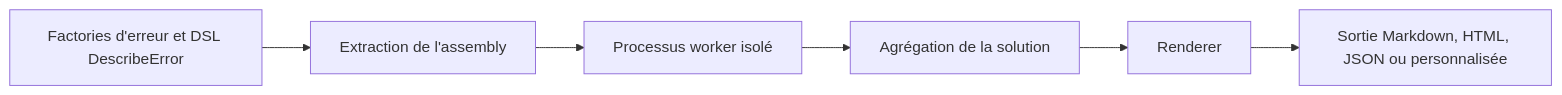
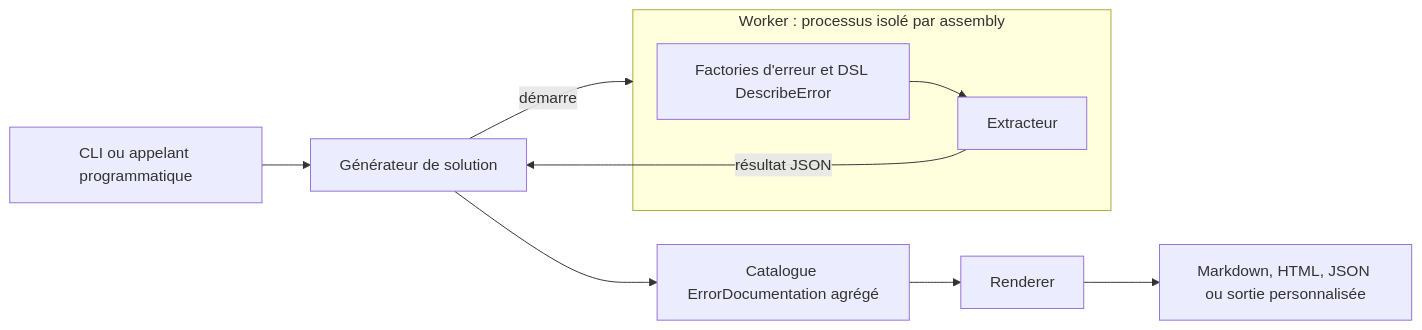
One commit to Reefact/first-class-errors changed the diagram in doc/ArchitectureOfTheDocumentationPipeline.fr.md. Above: the diagram before and after it, drawn with Mermaid. The commit also changed other lines of this file and 1 other file, not shown here.

Commit message:
docs: fix the pipeline diagram so the worker wraps extraction
The overview diagram drew Factories -> Extraction -> Worker -> Aggregation,
which reads as "extract, then hand the result to a worker" — the inverse
of the worker's purpose. Verified against the code
(SolutionErrorDocumentationGenerator.RunWorker and the worker's Program.cs):
the generator starts one worker per assembly, the worker runs the
extractor on the application factories and serializes the result to JSON,
and the generator then aggregates and renders.

Redraw with the extractor inside a worker subgraph, a control edge
(generator starts worker) and a data edge (worker returns JSON), and the
CLI upstream so the diagram matches the responsibilities table. Validated
that both language diagrams parse as Mermaid.

Also: name a "source" as an application source (a domain type or
component), state that the aggregated catalog is the format-independent
intermediate representation, and sharpen the wording on examples invoking
the real factories.

````diff
--- a/doc/ArchitectureOfTheDocumentationPipeline.fr.md
+++ b/doc/ArchitectureOfTheDocumentationPipeline.fr.md
@@ -10,15 +10,22 @@
 ```mermaid
 flowchart LR
-    A[Factories d'erreur et DSL DescribeError]
-    B[Extraction de l'assembly]
-    C[Processus worker isolé]
-    D[Agrégation de la solution]
+    CLI[CLI ou appelant programmatique]
+    G[Générateur de solution]
+
+    subgraph W[Worker : processus isolé par assembly]
+        A[Factories d'erreur et DSL DescribeError]
+        X[Extracteur]
+        A --> X
+    end
+
+    D[Catalogue ErrorDocumentation agrégé]
     E[Renderer]
-    F[Sortie Markdown, HTML, JSON ou personnalisée]
+    F[Markdown, HTML, JSON ou sortie personnalisée]
 
-    A --> B
-    B --> C
-    C --> D
+    CLI --> G
+    G -->|démarre| W
+    X -->|résultat JSON| G
+    G --> D
     D --> E
     E --> F
 ```
````
